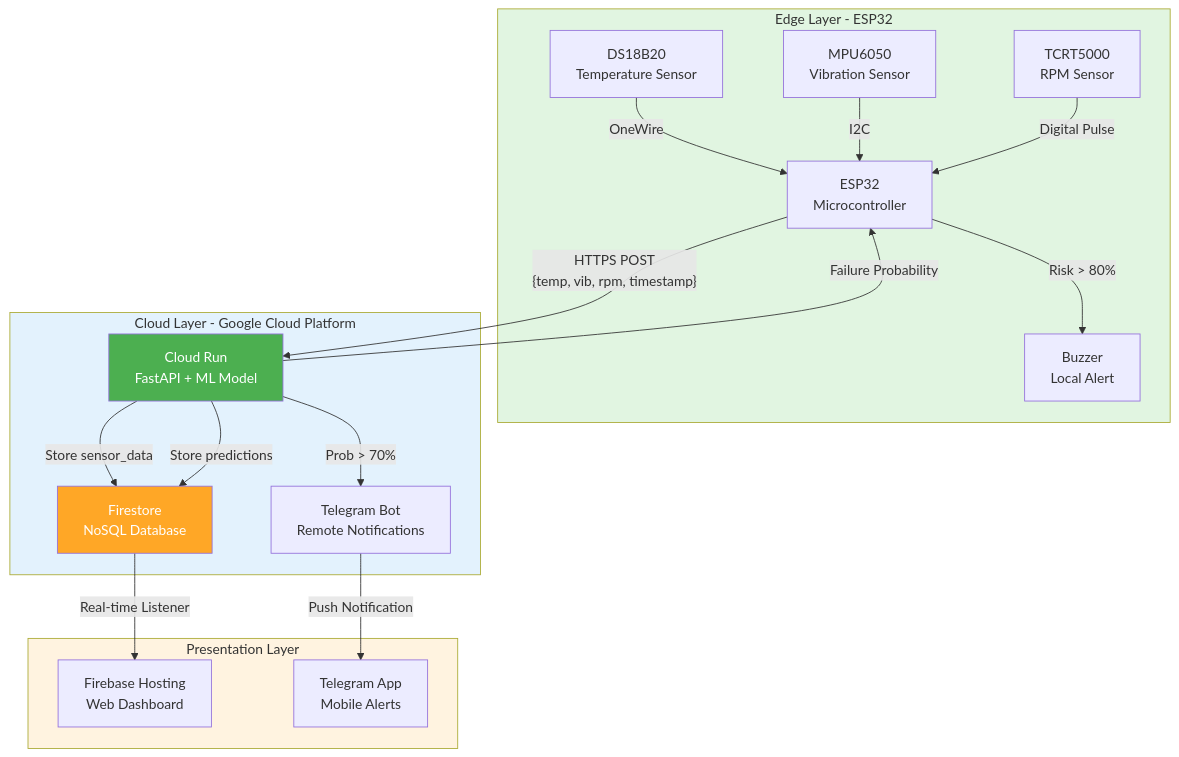
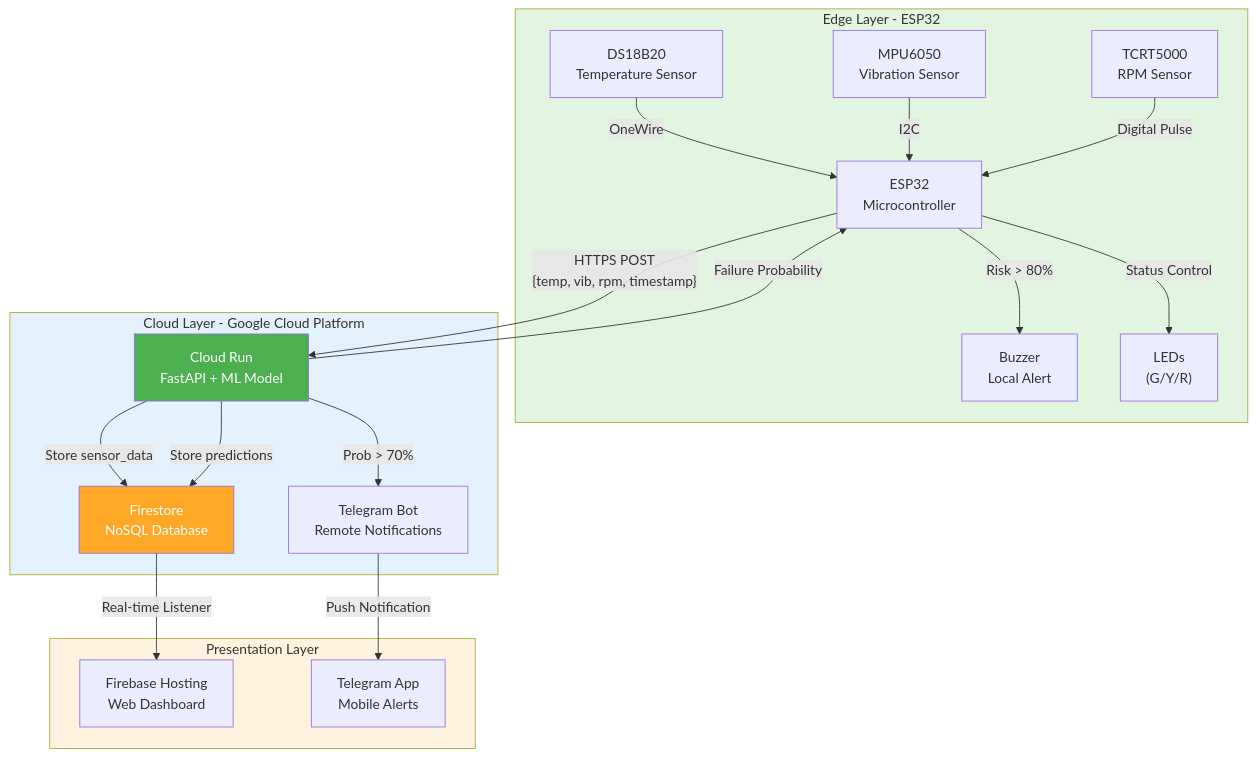
One commit to juin03/CPC357-IOT-Project changed the diagram in report.md. Above: the diagram before and after it, drawn with Mermaid. The commit also changed other lines of this file, not shown here.

````diff
--- a/report.md
+++ b/report.md
@@ -83,42 +145,44 @@
 ```mermaid
 graph TB
     subgraph Edge["Edge Layer - ESP32"]
         S1["DS18B20<br/>Temperature Sensor"]
         S2["MPU6050<br/>Vibration Sensor"]
         S3["TCRT5000<br/>RPM Sensor"]
         ESP["ESP32<br/>Microcontroller"]
         BUZ["Buzzer<br/>Local Alert"]
+        LED["LEDs<br/>(G/Y/R)"]
     end
     
     subgraph Cloud["Cloud Layer - Google Cloud Platform"]
         CR["Cloud Run<br/>FastAPI + ML Model"]
         FS["Firestore<br/>NoSQL Database"]
         TG["Telegram Bot<br/>Remote Notifications"]
     end
     
     subgraph UI["Presentation Layer"]
         DASH["Firebase Hosting<br/>Web Dashboard"]
         MOB["Telegram App<br/>Mobile Alerts"]
     end
     
     S1 -->|"OneWire"| ESP
     S2 -->|"I2C"| ESP
     S3 -->|"Digital Pulse"| ESP
     
     ESP -->|"HTTPS POST<br/>{temp, vib, rpm, timestamp}"| CR
     CR -->|"Failure Probability"| ESP
     ESP -->|"Risk > 80%"| BUZ
+    ESP -->|"Status Control"| LED
     
     CR -->|"Store sensor_data"| FS
     CR -->|"Store predictions"| FS
     CR -->|"Prob > 70%"| TG
     
     FS -->|"Real-time Listener"| DASH
     TG -->|"Push Notification"| MOB
     
     style Edge fill:#e1f5e1
     style Cloud fill:#e3f2fd
     style UI fill:#fff3e0
     style CR fill:#4CAF50,color:#fff
     style FS fill:#FFA726,color:#fff
 ```
````
